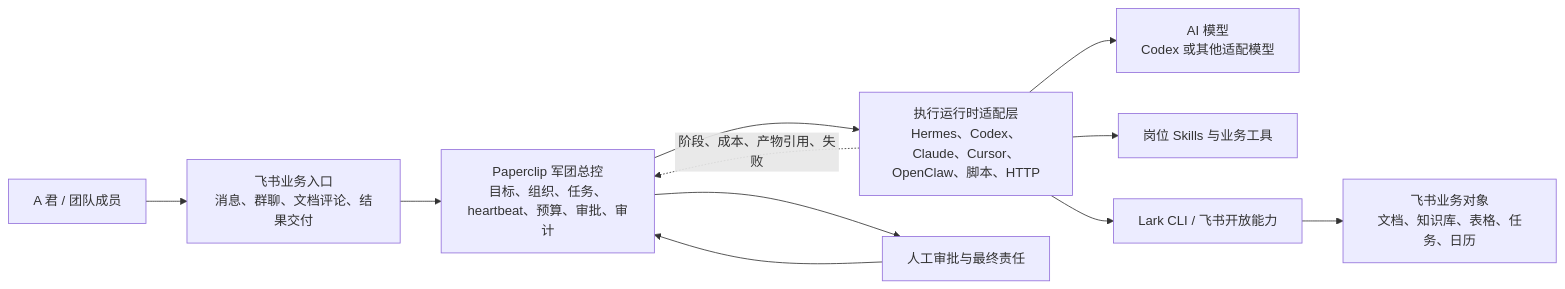
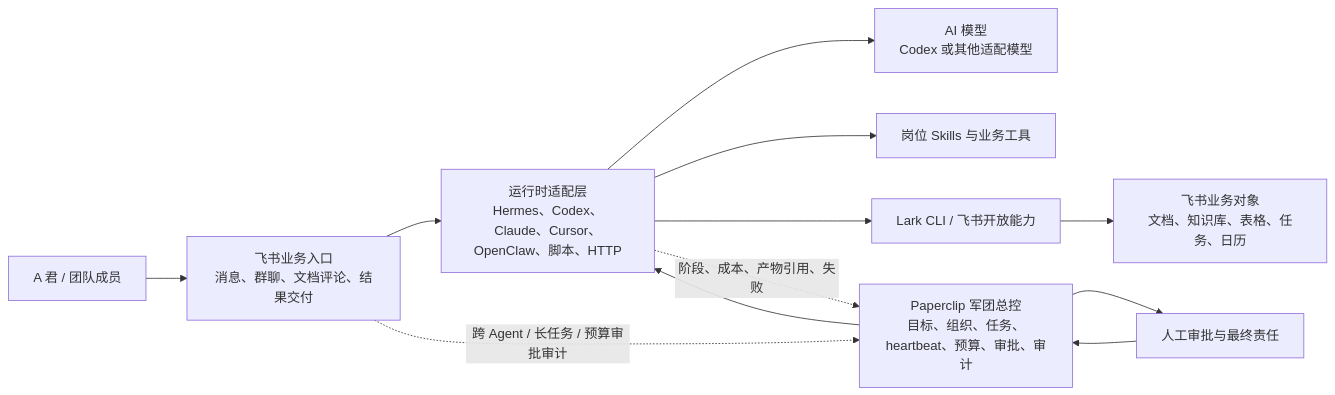
One commit to kileroppo/agent-agent changed the diagram in docs/Agent军团项目说明.md. Above: the diagram before and after it, drawn with Mermaid. The commit also changed other lines of this file and 33 other files, not shown here.

````diff
--- a/docs/Agent军团项目说明.md
+++ b/docs/Agent军团项目说明.md
@@ -65,13 +65,14 @@
 ```mermaid
 flowchart LR
     U["A 君 / 团队成员"] --> FC["飞书业务入口<br/>消息、群聊、文档评论、结果交付"]
-    FC --> PC["Paperclip 军团总控<br/>目标、组织、任务、heartbeat、预算、审批、审计"]
-    PC --> RT["执行运行时适配层<br/>Hermes、Codex、Claude、Cursor、OpenClaw、脚本、HTTP"]
+    FC --> RT["运行时适配层<br/>Hermes、Codex、Claude、Cursor、OpenClaw、脚本、HTTP"]
+    FC -.跨 Agent / 长任务 / 预算审批审计.-> PC["Paperclip 军团总控<br/>目标、组织、任务、heartbeat、预算、审批、审计"]
+    PC --> RT
     RT --> M["AI 模型<br/>Codex 或其他适配模型"]
     RT --> SK["岗位 Skills 与业务工具"]
     RT --> LC["Lark CLI / 飞书开放能力"]
     LC --> FO["飞书业务对象<br/>文档、知识库、表格、任务、日历"]
     RT -.阶段、成本、产物引用、失败.-> PC
     H["人工审批与最终责任"] --> PC
     PC --> H
 ```
````
